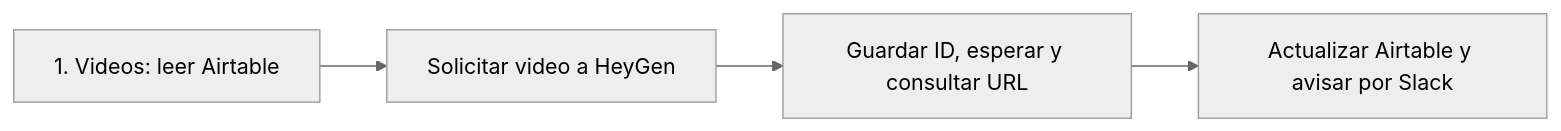
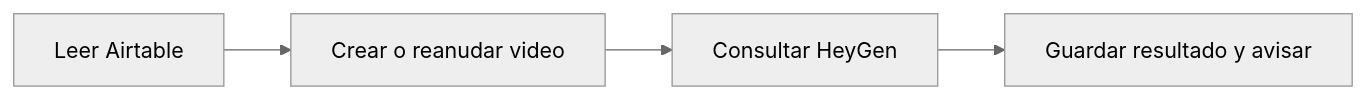
One commit to rashidzuain/privacidad-proyect-one changed the first of 2 diagrams in README.md. Above: the diagram before and after it, drawn with Mermaid (neutral theme). The commit also changed other lines of this file and 20 other files, not shown here.

````diff
--- a/README.md
+++ b/README.md
@@ -23,6 +23,6 @@
 ```mermaid
 flowchart LR
-    V1["1. Videos: leer Airtable"] --> V2["Solicitar video a HeyGen"]
-    V2 --> V3["Guardar ID, esperar y consultar URL"]
-    V3 --> V4["Actualizar Airtable y avisar por Slack"]
+    A["Leer Airtable"] --> B["Crear o reanudar video"]
+    B --> C["Consultar HeyGen"]
+    C --> D["Guardar resultado y avisar"]
 ```
````
